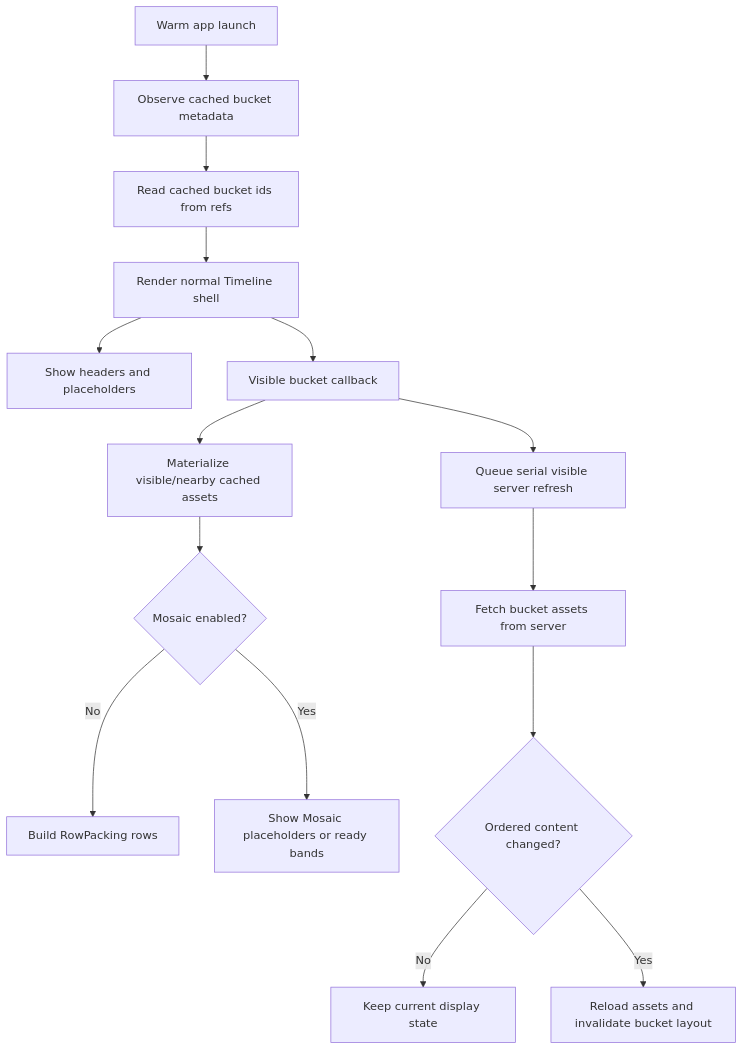
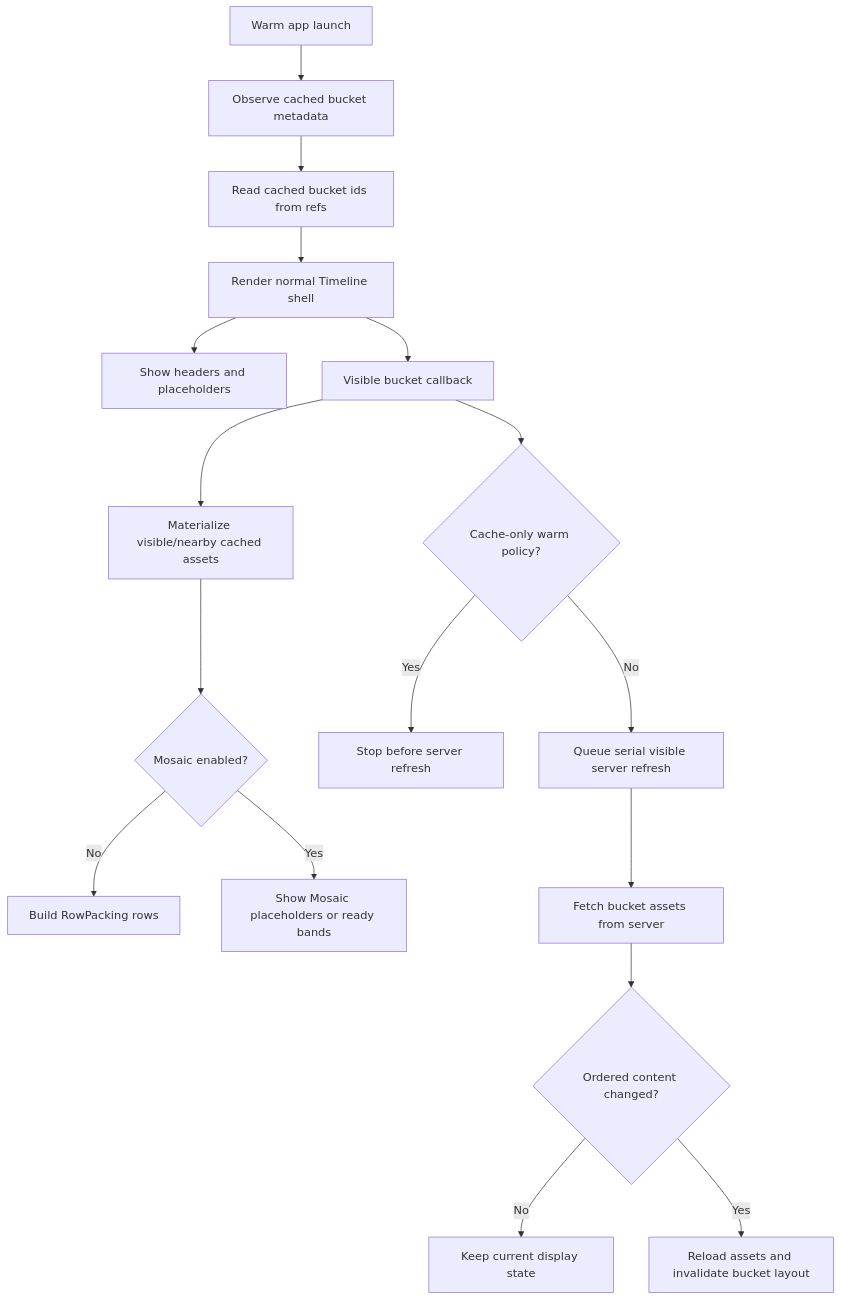
One commit to ch4ndu/ImmichGallery changed the second of 6 diagrams in docs/timeline.md. Above: the diagram before and after it, drawn with Mermaid. The commit also changed other lines of this file and 12 other files, not shown here.

Commit message:
remove on launch sync and rely on timeline cache for loading

````diff
--- a/docs/timeline.md
+++ b/docs/timeline.md
@@ -114,17 +120,19 @@
 ```mermaid
 graph TD
     start["Warm app launch"] --> buckets["Observe cached bucket metadata"]
     buckets --> refs["Read cached bucket ids from refs"]
     refs --> render["Render normal Timeline shell"]
     render --> placeholders["Show headers and placeholders"]
     render --> visible["Visible bucket callback"]
     visible --> materialize["Materialize visible/nearby cached assets"]
     materialize --> rows{"Mosaic enabled?"}
     rows -->|No| rowPacking["Build RowPacking rows"]
     rows -->|Yes| mosaicState["Show Mosaic placeholders or ready bands"]
-    visible --> queue["Queue serial visible server refresh"]
+    visible --> policy{"Cache-only warm policy?"}
+    policy -->|Yes| stop["Stop before server refresh"]
+    policy -->|No| queue["Queue serial visible server refresh"]
     queue --> server["Fetch bucket assets from server"]
     server --> changed{"Ordered content changed?"}
     changed -->|No| keep["Keep current display state"]
     changed -->|Yes| invalidate["Reload assets and invalidate bucket layout"]
 ```
````
